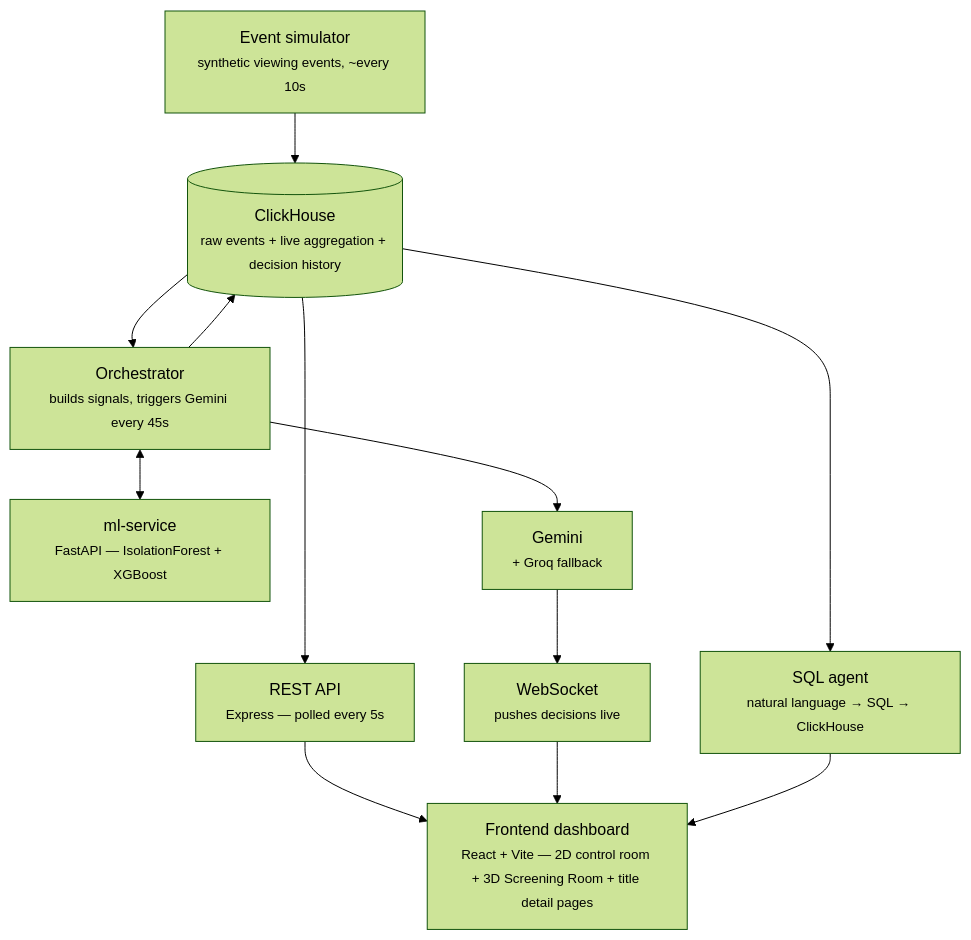
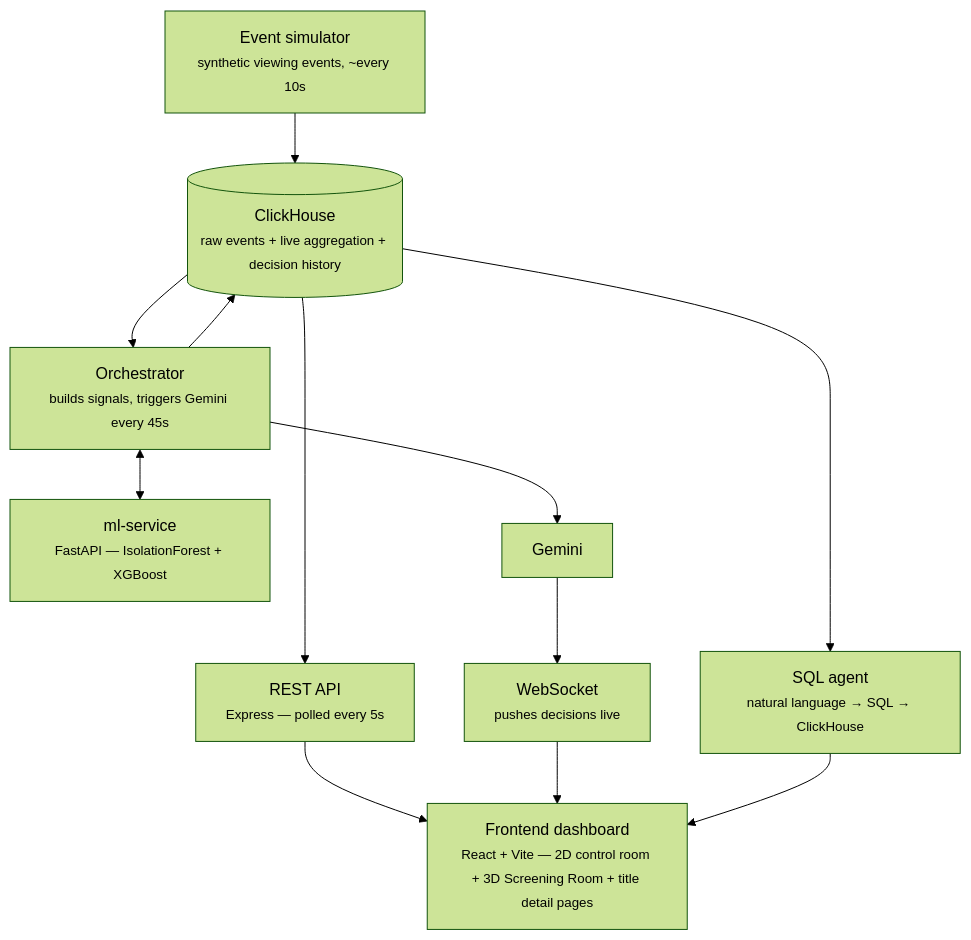
One commit to femi-cloud/Aurora changed the diagram in README.md. Above: the diagram before and after it, drawn with Mermaid (forest theme). The commit also changed other lines of this file and 4 other files, not shown here.

````diff
--- a/README.md
+++ b/README.md
@@ -39,20 +39,20 @@
 ```mermaid
 flowchart TD
     SIM["Event simulator<br/><small>synthetic viewing events, ~every 10s</small>"]
     CH[("ClickHouse<br/><small>raw events + live aggregation + decision history</small>")]
     API["REST API<br/><small>Express — polled every 5s</small>"]
     ORCH["Orchestrator<br/><small>builds signals, triggers Gemini every 45s</small>"]
     SQL["SQL agent<br/><small>natural language → SQL → ClickHouse</small>"]
     ML["ml-service<br/><small>FastAPI — IsolationForest + XGBoost</small>"]
-    GEMINI["Gemini<br/><small>+ Groq fallback</small>"]
+    GEMINI["Gemini"]
     WS["WebSocket<br/><small>pushes decisions live</small>"]
     FE["Frontend dashboard<br/><small>React + Vite — 2D control room + 3D Screening Room + title detail pages</small>"]
 
     SIM --> CH
     CH --> API --> FE
     CH --> ORCH
     ORCH <--> ML
     ORCH --> GEMINI --> WS --> FE
     ORCH --> CH
     CH --> SQL --> FE
 ```
````
